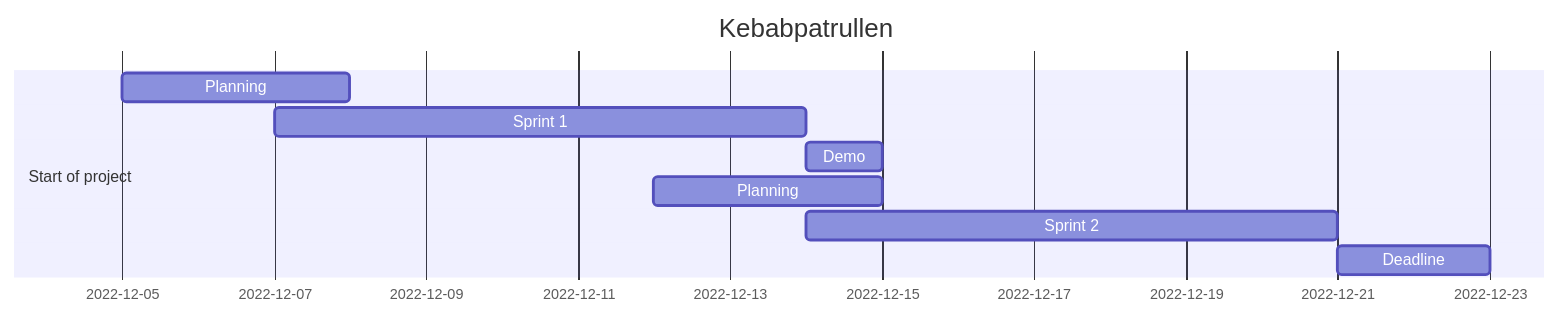
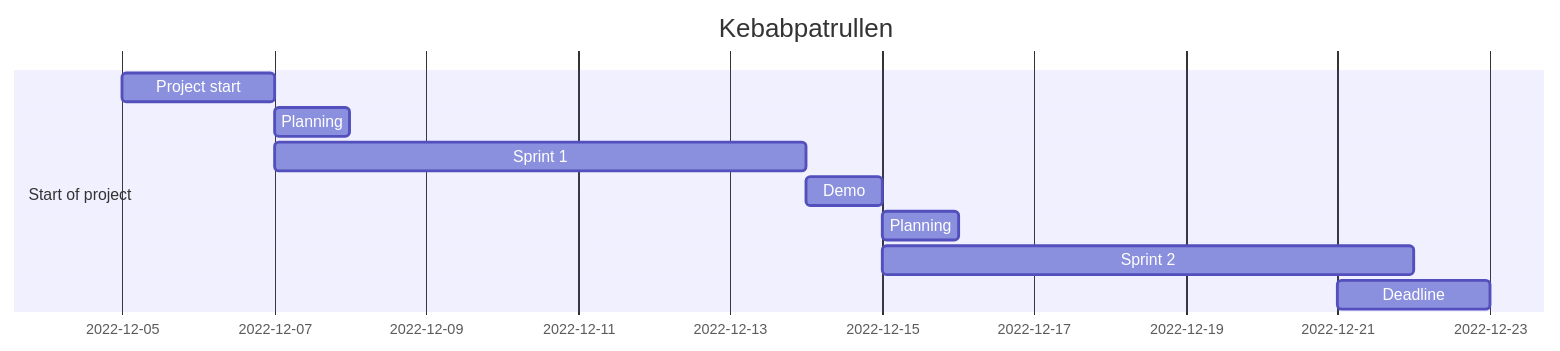
The diagram in README.md (JarlJakobsson/DevOps22-Kebabpatrullen), drawn with Mermaid before and after one commit. The commit also changed other lines of this file and 1 other file, not shown here.

````diff
--- a/README.md
+++ b/README.md
@@ -169,13 +106,14 @@
 ```mermaid
 gantt
 dateFormat  YYYY-MM-DD
 title Kebabpatrullen
 
 section Start of project
-Planning                 :         des1, 2022-12-05, 3d
-Sprint 1                 :         des2, 2022-12-07, 7d
-Demo                     :         des3, 2022-12-14, 1d
-Planning                 :         des4, 2022-12-12, 3d
-Sprint 2                 :         des3, after des2, 7d
-Deadline                 :         des4, after des3, 2d
+Project start            :         des1, 2022-12-05, 2d
+Planning                 :         des2, 2022-12-07, 1d
+Sprint 1                 :         des3, 2022-12-07, 7d
+Demo                     :         des4, 2022-12-14, 1d
+Planning                 :         des5, 2022-12-15, 1d
+Sprint 2                 :         des6, 2022-12-15, 7d
+Deadline                 :         des7, 2022-12-21, 2d
 ```
````
